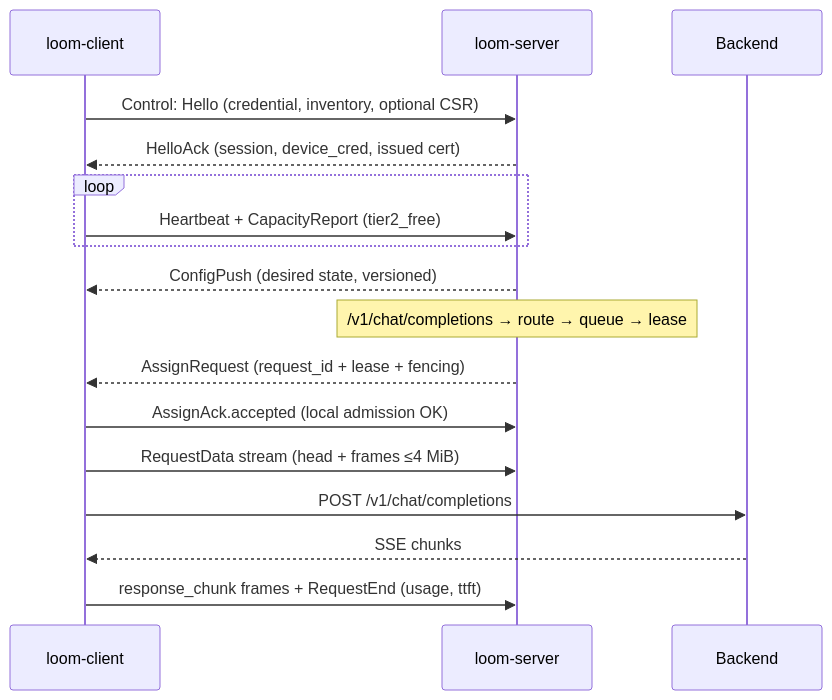
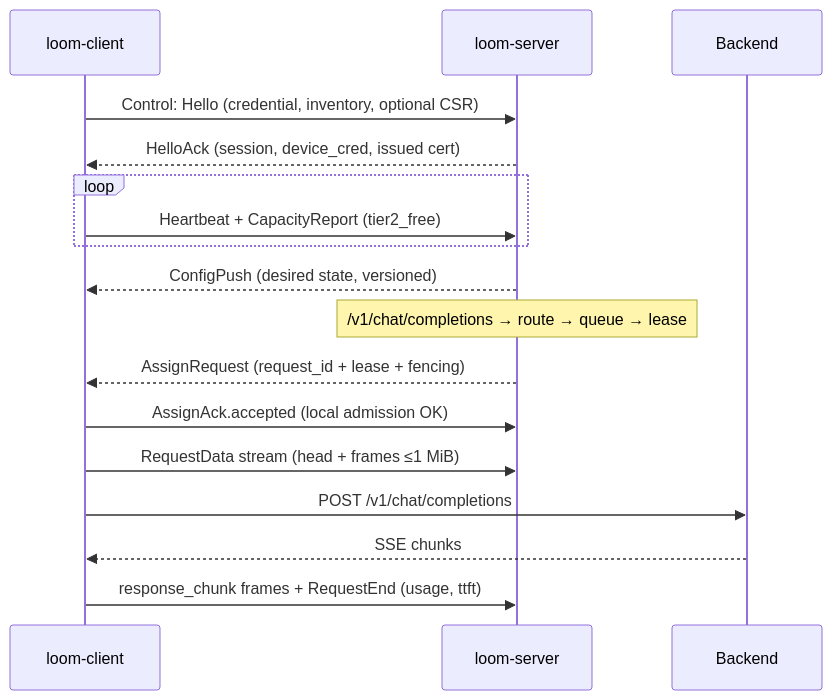
One commit to maxk2222/loom changed the second of 3 diagrams in README.md. Above: the diagram before and after it, drawn with Mermaid. The commit also changed other lines of this file and 3 other files, not shown here.

````diff
--- a/README.md
+++ b/README.md
@@ -121,19 +121,19 @@
 ```mermaid
 sequenceDiagram
     participant C as loom-client
     participant S as loom-server
     participant B as Backend
     C->>S: Control: Hello (credential, inventory, optional CSR)
     S-->>C: HelloAck (session, device_cred, issued cert)
     loop
         C->>S: Heartbeat + CapacityReport (tier2_free)
     end
     S-->>C: ConfigPush (desired state, versioned)
     Note over S: /v1/chat/completions → route → queue → lease
     S-->>C: AssignRequest (request_id + lease + fencing)
     C->>S: AssignAck.accepted (local admission OK)
-    C->>S: RequestData stream (head + frames ≤4 MiB)
+    C->>S: RequestData stream (head + frames ≤1 MiB)
     C->>B: POST /v1/chat/completions
     B-->>C: SSE chunks
     C->>S: response_chunk frames + RequestEnd (usage, ttft)
 ```
````
